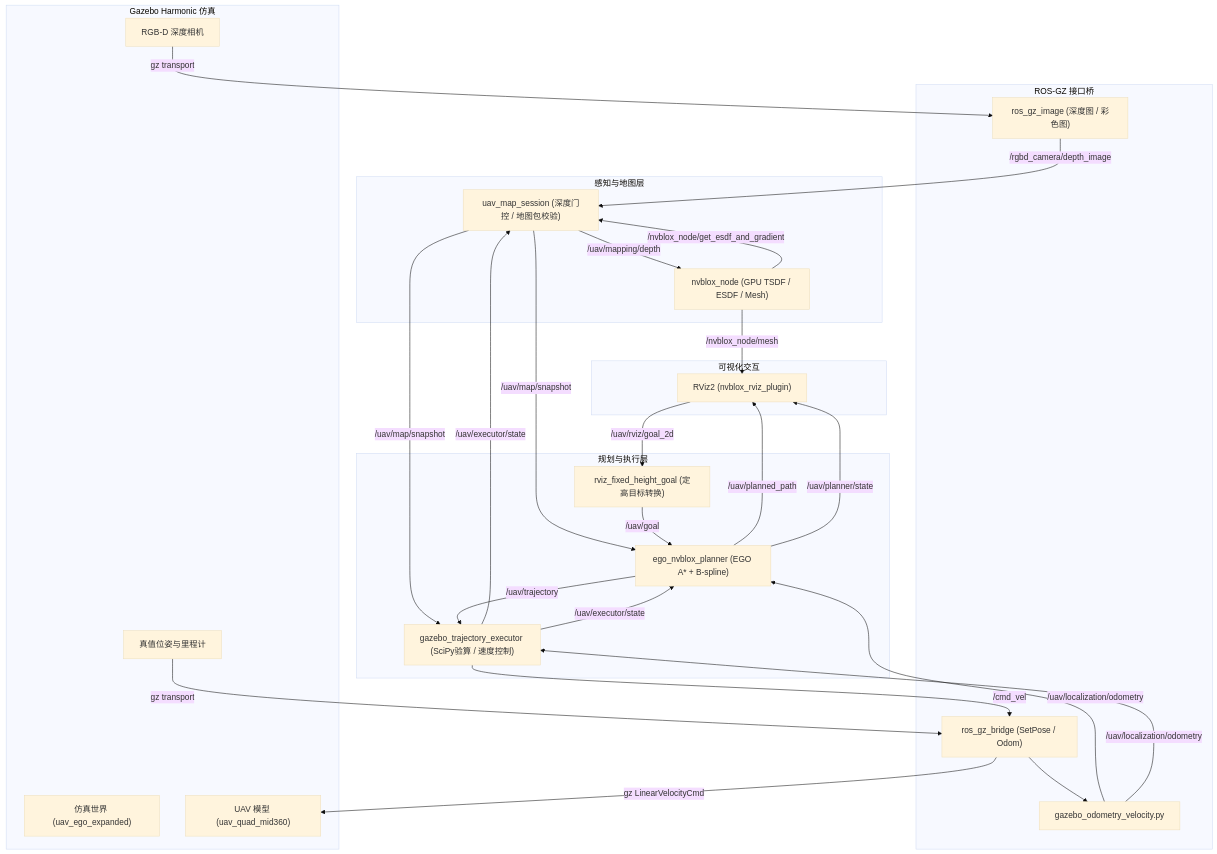
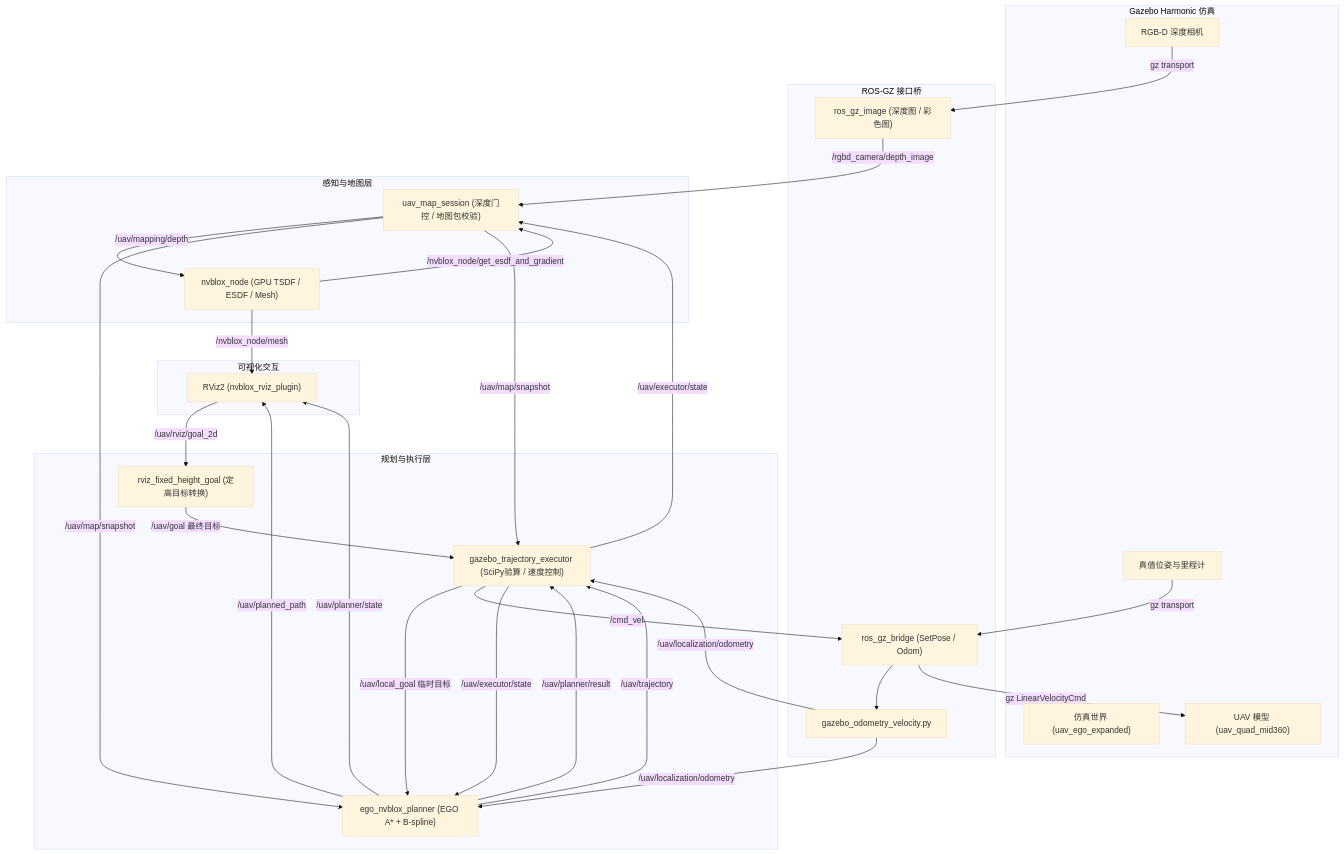
One commit to LcYun53188/UAV3DPerceptionNavigation changed the first of 2 diagrams in docs/SIMULATION_MANUAL.md. Above: the diagram before and after it, drawn with Mermaid (base theme). The commit also changed other lines of this file and 9 other files, not shown here.

````diff
--- a/docs/SIMULATION_MANUAL.md
+++ b/docs/SIMULATION_MANUAL.md
@@ -20,56 +22,58 @@
 ```mermaid
 flowchart TD
     subgraph Gazebo_Harmonic["Gazebo Harmonic 仿真"]
         GZ_World["仿真世界 (uav_ego_expanded)"]
         GZ_Model["UAV 模型 (uav_quad_mid360)"]
         GZ_Cam["RGB-D 深度相机"]
         GZ_Odom["真值位姿与里程计"]
     end
 
     subgraph Bridges["ROS-GZ 接口桥"]
         ParamBridge["ros_gz_bridge (SetPose / Odom)"]
         ImageBridge["ros_gz_image (深度图 / 彩色图)"]
         OdomVel["gazebo_odometry_velocity.py"]
     end
 
     subgraph Perception_Mapping["感知与地图层"]
         MapSession["uav_map_session (深度门控 / 地图包校验)"]
         Nvblox["nvblox_node (GPU TSDF / ESDF / Mesh)"]
     end
 
     subgraph Planning_Control["规划与执行层"]
         RvizGoal["rviz_fixed_height_goal (定高目标转换)"]
         EgoPlanner["ego_nvblox_planner (EGO A* + B-spline)"]
         Executor["gazebo_trajectory_executor (SciPy验算 / 速度控制)"]
     end
 
     subgraph UI_Visualization["可视化交互"]
         RViz["RViz2 (nvblox_rviz_plugin)"]
     end
 
     GZ_Cam -->|gz transport| ImageBridge
     ImageBridge -->|/rgbd_camera/depth_image| MapSession
     MapSession -->|/uav/mapping/depth| Nvblox
     GZ_Odom -->|gz transport| ParamBridge
     ParamBridge --> OdomVel
     OdomVel -->|/uav/localization/odometry| EgoPlanner
     OdomVel -->|/uav/localization/odometry| Executor
 
     Nvblox -->|/nvblox_node/get_esdf_and_gradient| MapSession
     Nvblox -->|/nvblox_node/mesh| RViz
 
     MapSession -->|/uav/map/snapshot| EgoPlanner
     MapSession -->|/uav/map/snapshot| Executor
 
     RViz -->|/uav/rviz/goal_2d| RvizGoal
-    RvizGoal -->|/uav/goal| EgoPlanner
+    RvizGoal -->|/uav/goal 最终目标| Executor
+    Executor -->|/uav/local_goal 临时目标| EgoPlanner
+    EgoPlanner -->|/uav/planner/result| Executor
 
     EgoPlanner -->|/uav/trajectory| Executor
     EgoPlanner -->|/uav/planned_path| RViz
     EgoPlanner -->|/uav/planner/state| RViz
 
     Executor -->|/cmd_vel| ParamBridge
     ParamBridge -->|gz LinearVelocityCmd| GZ_Model
     Executor -->|/uav/executor/state| MapSession
     Executor -->|/uav/executor/state| EgoPlanner
 ```
````
